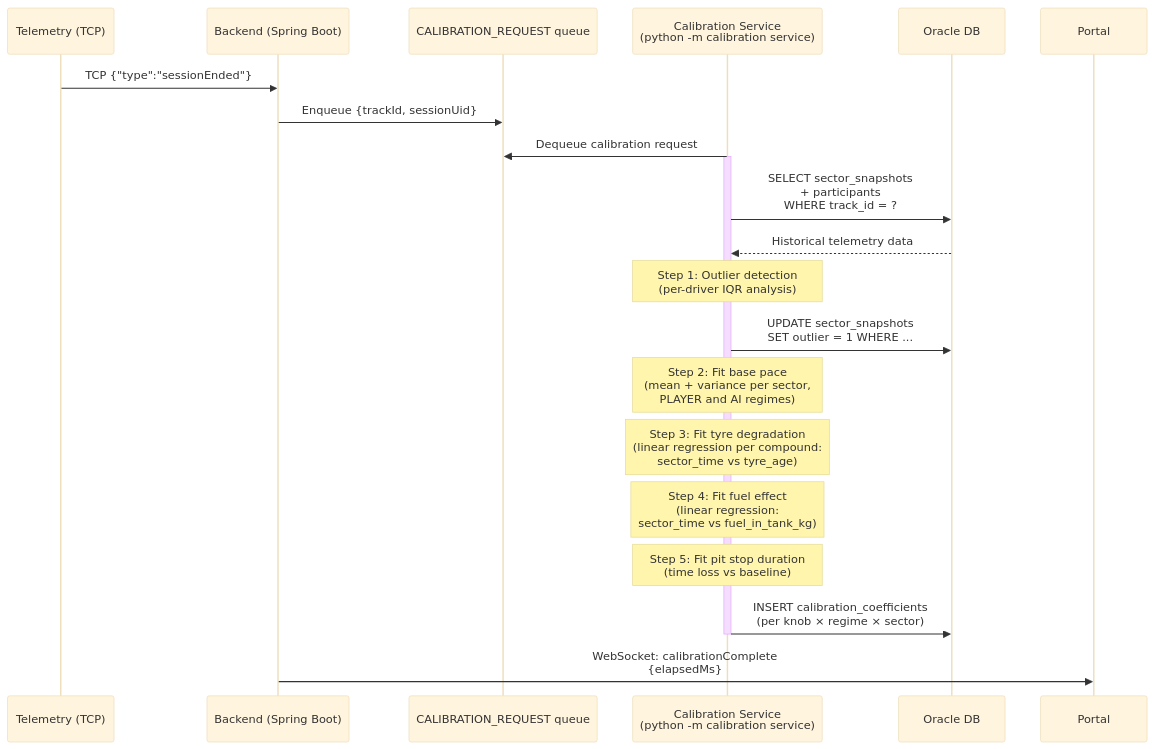
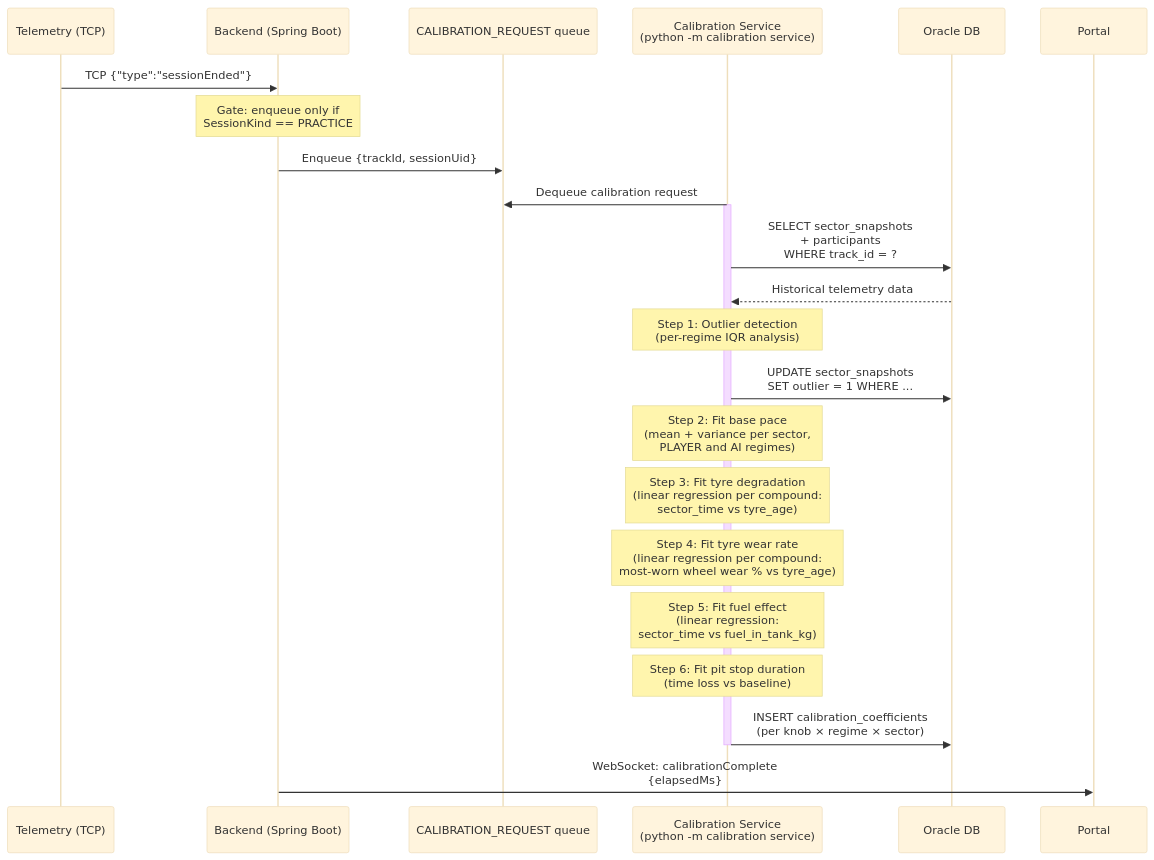
Before and after one commit to vmleon/f12025-race-strategy-simulation: the second of 4 diagrams in design/05-CALIBRATION.md, drawn with Mermaid (base theme). The commit also changed other lines of this file and 7 other files, not shown here.

````diff
--- a/design/05-CALIBRATION.md
+++ b/design/05-CALIBRATION.md
@@ -21,33 +21,36 @@
 ```mermaid
 sequenceDiagram
     participant Telemetry as Telemetry (TCP)
     participant Backend as Backend (Spring Boot)
     participant Q as CALIBRATION_REQUEST queue
     participant Service as Calibration Service<br/>(python -m calibration service)
     participant DB as Oracle DB
 
     Telemetry->>Backend: TCP {"type":"sessionEnded"}
+    Note over Backend: Gate: enqueue only if<br/>SessionKind == PRACTICE
     Backend->>Q: Enqueue {trackId, sessionUid}
 
     Service->>Q: Dequeue calibration request
     activate Service
 
     Service->>DB: SELECT sector_snapshots<br/>+ participants<br/>WHERE track_id = ?
     DB-->>Service: Historical telemetry data
 
-    Note over Service: Step 1: Outlier detection<br/>(per-driver IQR analysis)
+    Note over Service: Step 1: Outlier detection<br/>(per-regime IQR analysis)
     Service->>DB: UPDATE sector_snapshots<br/>SET outlier = 1 WHERE ...
 
     Note over Service: Step 2: Fit base pace<br/>(mean + variance per sector,<br/>PLAYER and AI regimes)
 
     Note over Service: Step 3: Fit tyre degradation<br/>(linear regression per compound:<br/>sector_time vs tyre_age)
 
-    Note over Service: Step 4: Fit fuel effect<br/>(linear regression:<br/>sector_time vs fuel_in_tank_kg)
+    Note over Service: Step 4: Fit tyre wear rate<br/>(linear regression per compound:<br/>most-worn wheel wear % vs tyre_age)
 
-    Note over Service: Step 5: Fit pit stop duration<br/>(time loss vs baseline)
+    Note over Service: Step 5: Fit fuel effect<br/>(linear regression:<br/>sector_time vs fuel_in_tank_kg)
+
+    Note over Service: Step 6: Fit pit stop duration<br/>(time loss vs baseline)
 
     Service->>DB: INSERT calibration_coefficients<br/>(per knob × regime × sector)
     deactivate Service
 
     Backend->>Portal: WebSocket: calibrationComplete<br/>{elapsedMs}
 ```
````
